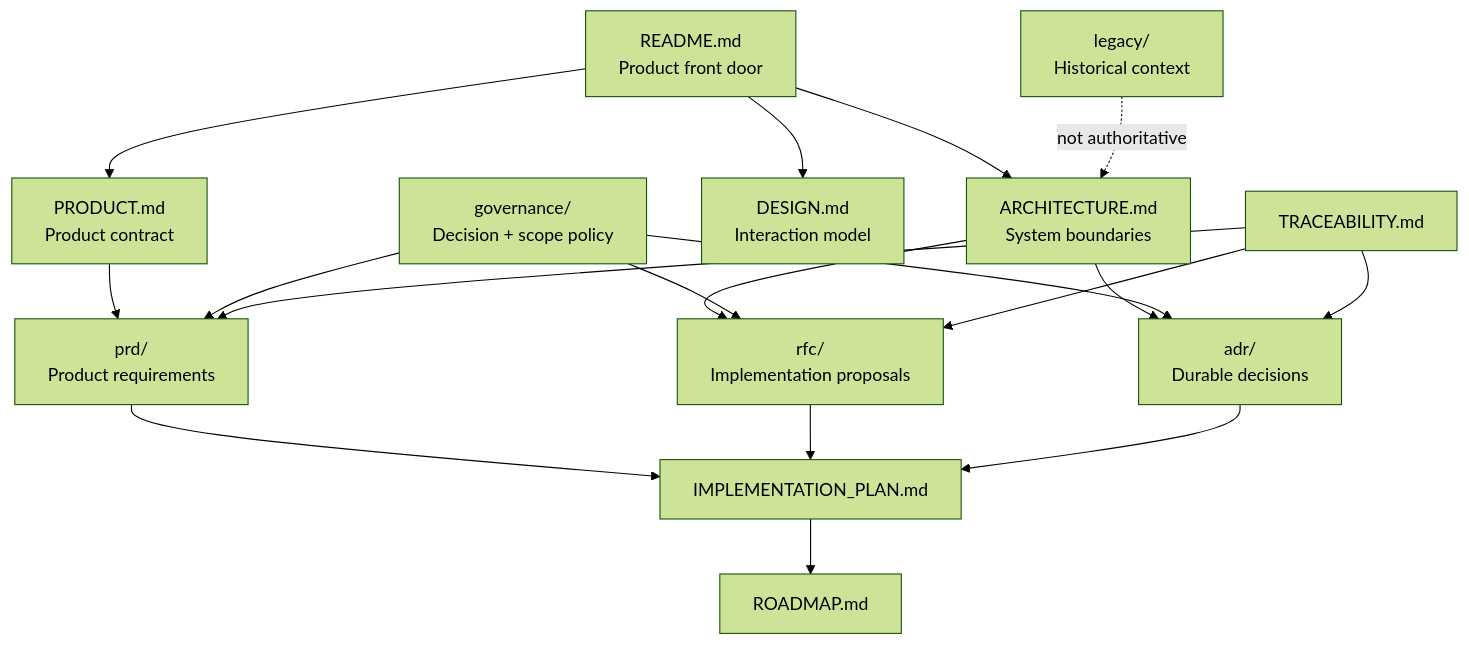
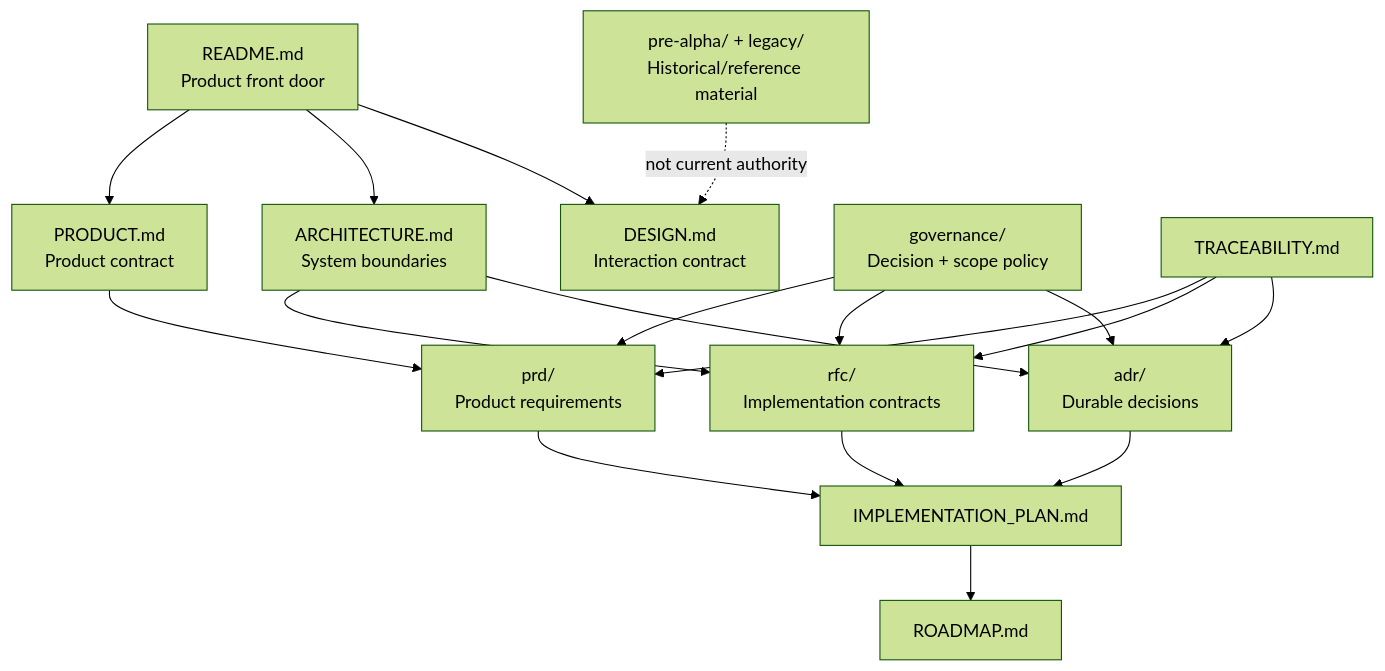
Before and after one commit to Knapp-Kevin/BOB: the first of 2 diagrams in docs/README.md, drawn with Mermaid (forest theme). The commit also changed other lines of this file and 11 other files, not shown here.

First line of the commit message:
docs: reconcile documentation with current B.O.B. pre-alpha state

````diff
--- a/docs/README.md
+++ b/docs/README.md
@@ -9,25 +9,25 @@
 ```mermaid
 flowchart TB
     ROOT[README.md<br/>Product front door] --> PRODUCT[PRODUCT.md<br/>Product contract]
     ROOT --> ARCH[ARCHITECTURE.md<br/>System boundaries]
-    ROOT --> DESIGN[DESIGN.md<br/>Interaction model]
+    ROOT --> DESIGN[DESIGN.md<br/>Interaction contract]
 
     PRODUCT --> PRD[prd/<br/>Product requirements]
-    ARCH --> RFC[rfc/<br/>Implementation proposals]
+    ARCH --> RFC[rfc/<br/>Implementation contracts]
     ARCH --> ADR[adr/<br/>Durable decisions]
 
     GOV[governance/<br/>Decision + scope policy] --> PRD
     GOV --> RFC
     GOV --> ADR
 
-    PLAN[IMPLEMENTATION_PLAN.md] --> ROADMAP[ROADMAP.md]
-    PRD --> PLAN
+    PRD --> PLAN[IMPLEMENTATION_PLAN.md]
     RFC --> PLAN
     ADR --> PLAN
+    PLAN --> ROADMAP[ROADMAP.md]
 
     TRACE[TRACEABILITY.md] --> PRD
     TRACE --> RFC
     TRACE --> ADR
 
-    LEGACY[legacy/<br/>Historical context] -. not authoritative .-> ARCH
+    HIST[pre-alpha/ + legacy/<br/>Historical/reference material] -. not current authority .-> DESIGN
 ```
````
